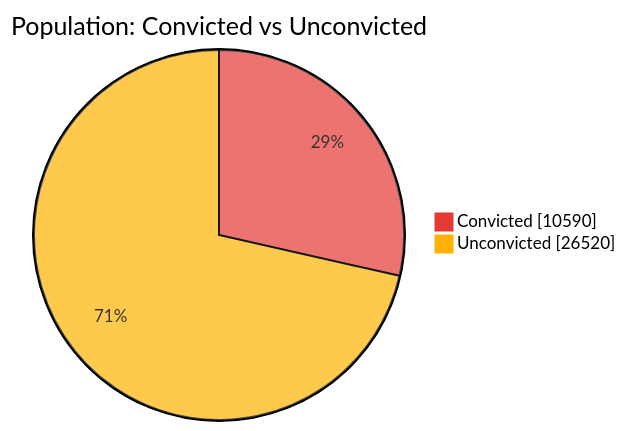
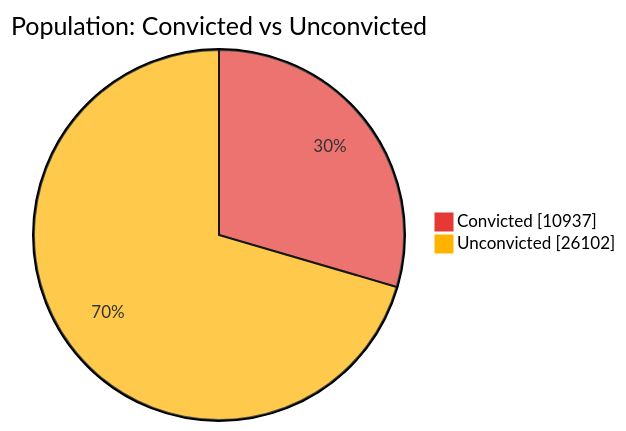
One commit to nuuuwan/lk_prisons changed the first of 7 diagrams in README.md. Above: the diagram before and after it, drawn with Mermaid. The commit also changed other lines of this file and 1 other file, not shown here.

````diff
--- a/README.md
+++ b/README.md
@@ -43,6 +43,6 @@
 ```mermaid
 %%{init: {'themeVariables': {'pie1': '#E53935', 'pie2': '#FFB300'}}}%%
 pie showData title Population: Convicted vs Unconvicted
-    "Convicted" : 10590
-    "Unconvicted" : 26520
+    "Convicted" : 10937
+    "Unconvicted" : 26102
 ```
````
